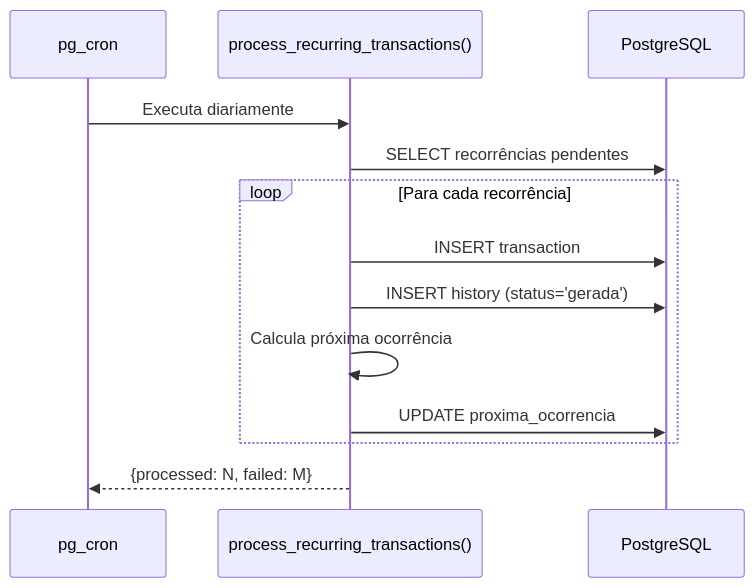
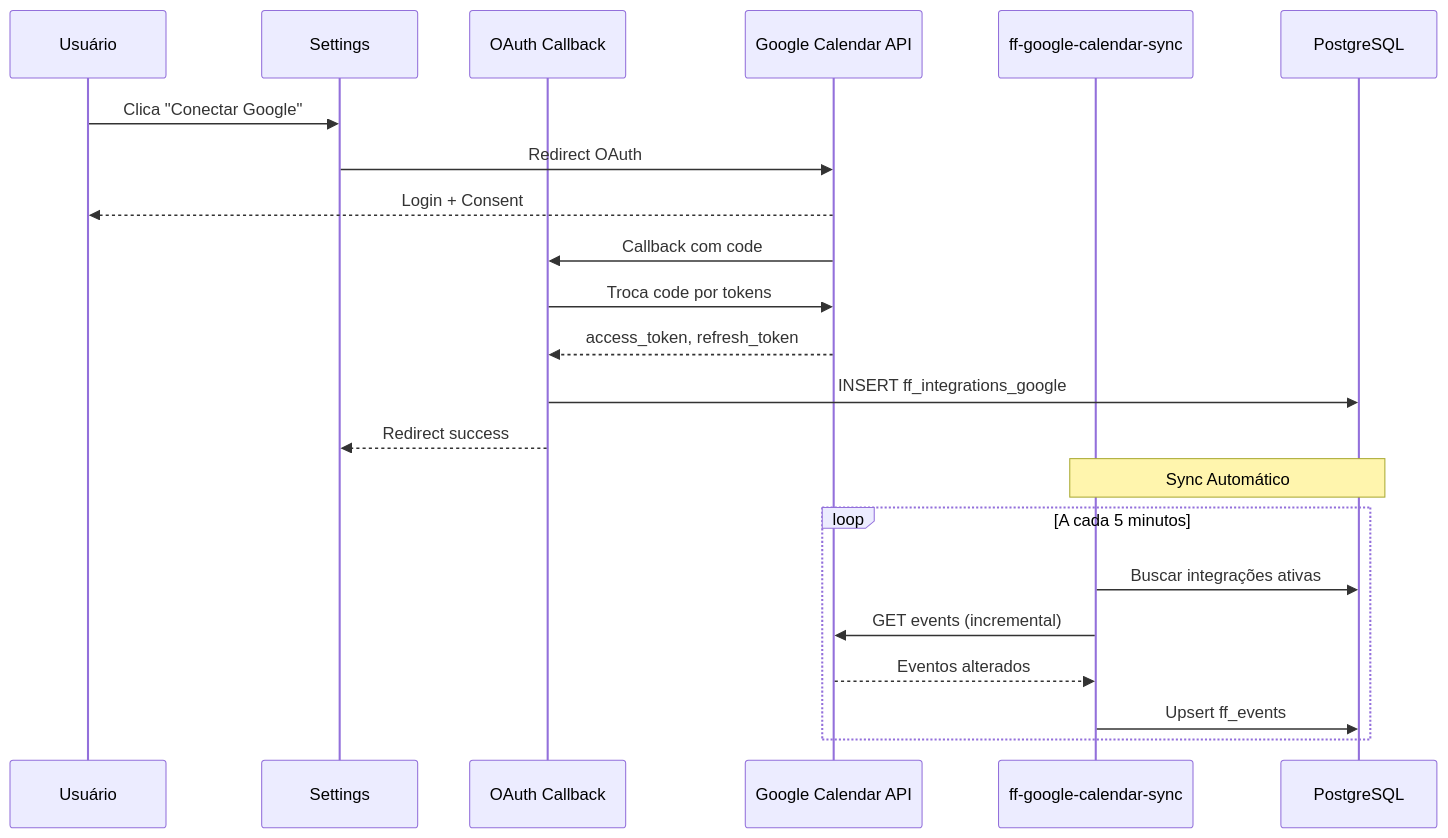
The eighth of 8 diagrams in DOCUMENTATION.md (WesterlleyNeres/seu-dinheiro-planejado), drawn with Mermaid before and after one commit. The commit also changed other lines of this file and 5 other files, not shown here.

````diff
--- a/DOCUMENTATION.md
+++ b/DOCUMENTATION.md
@@ -1887,18 +1440,26 @@
 ```mermaid
 sequenceDiagram
-    participant Cron as pg_cron
-    participant F as process_recurring_transactions()
+    participant U as Usuário
+    participant S as Settings
+    participant O as OAuth Callback
+    participant G as Google Calendar API
+    participant Sync as ff-google-calendar-sync
     participant DB as PostgreSQL
     
-    Cron->>F: Executa diariamente
-    F->>DB: SELECT recorrências pendentes
+    U->>S: Clica "Conectar Google"
+    S->>G: Redirect OAuth
+    G-->>U: Login + Consent
+    G->>O: Callback com code
+    O->>G: Troca code por tokens
+    G-->>O: access_token, refresh_token
+    O->>DB: INSERT ff_integrations_google
+    O-->>S: Redirect success
     
-    loop Para cada recorrência
-        F->>DB: INSERT transaction
-        F->>DB: INSERT history (status='gerada')
-        F->>F: Calcula próxima ocorrência
-        F->>DB: UPDATE proxima_ocorrencia
+    Note over Sync,DB: Sync Automático
+    loop A cada 5 minutos
+        Sync->>DB: Buscar integrações ativas
+        Sync->>G: GET events (incremental)
+        G-->>Sync: Eventos alterados
+        Sync->>DB: Upsert ff_events
     end
-    
-    F-->>Cron: {processed: N, failed: M}
 ```
````
